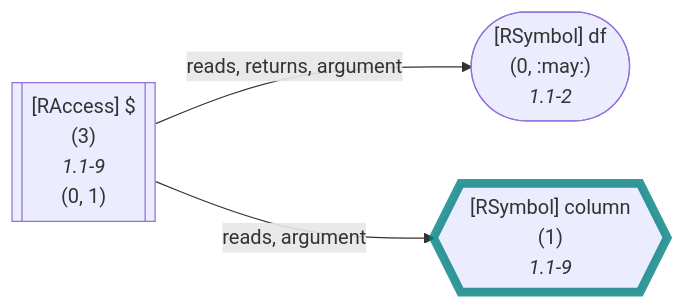
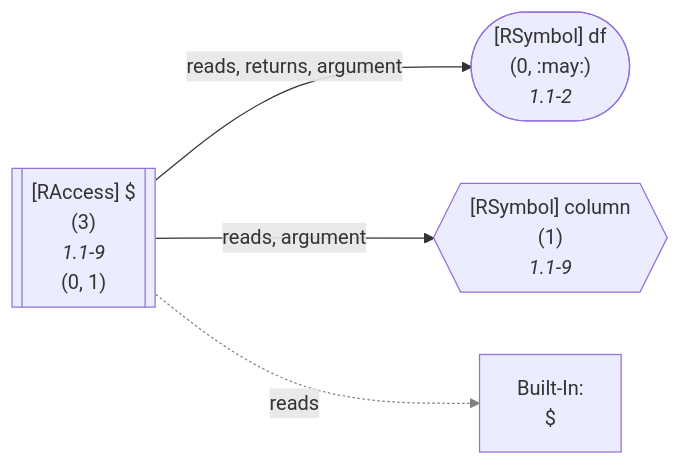
Before and after one commit to flowr-analysis/flowr: the fifth of 48 diagrams in wiki/Dataflow Graph.md, drawn with Mermaid. The commit also changed other lines of this file and 7 other files, not shown here.

Commit message:
[skip ci] doc: update generated wiki pages (wiki/Capabilities,wiki/Dataflow Graph,wiki/Search API,wiki/Interface,wiki/Control Flow Graph,wiki/Linting and Testing,wiki/Core,README)

````diff
--- a/wiki/Dataflow Graph.md
+++ b/wiki/Dataflow Graph.md
@@ -491,16 +500,19 @@
 ```mermaid
 flowchart LR
     0(["`#91;RSymbol#93; df
       (0, :may:)
       *1.1-2*`"])
     1{{"`#91;RSymbol#93; column
       (1)
       *1.1-9*`"}}
-    style 1 stroke:teal,stroke-width:7px,stroke-opacity:.8; 
     3[["`#91;RAccess#93; $
       (3)
       *1.1-9*
     (0, 1)`"]]
+    built-in:_["`Built-In:
+$`"]
     3 -->|"reads, returns, argument"| 0
     3 -->|"reads, argument"| 1
+    3 -.->|"reads"| built-in:_
+    linkStyle 2 stroke:gray;
 ```
````
